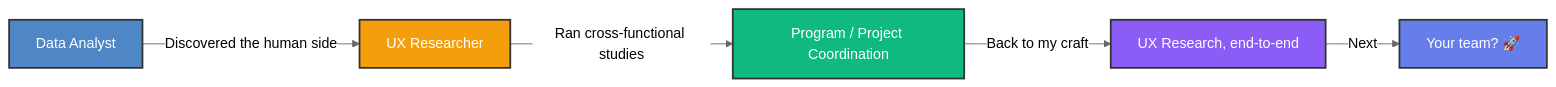
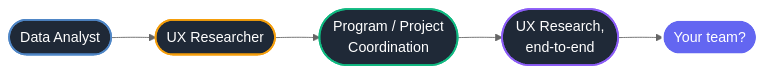
The diagram in README.md (snehaDebBarma/snehaDebbarma), drawn with Mermaid (neutral theme) before and after one commit. The commit also changed other lines of this file, not shown here.

````diff
--- a/README.md
+++ b/README.md
@@ -90,13 +141,13 @@
 ```mermaid
 graph LR
-    A[Data Analyst] -->|Discovered the human side| B[UX Researcher]
-    B -->|Ran cross-functional studies| C[Program / Project Coordination]
-    C -->|Back to my craft| D[UX Research, end-to-end]
-    D -->|Next| E[Your team? 🚀]
+    A([Data Analyst]) --> B([UX Researcher])
+    B --> C([Program / Project<br/>Coordination])
+    C --> D([UX Research,<br/>end-to-end])
+    D --> E([Your team?])
 
-    style A fill:#4F86C6,stroke:#333,stroke-width:2px,color:#fff
-    style B fill:#F59E0B,stroke:#333,stroke-width:2px,color:#fff
-    style C fill:#10B981,stroke:#333,stroke-width:2px,color:#fff
-    style D fill:#8B5CF6,stroke:#333,stroke-width:2px,color:#fff
-    style E fill:#667EEA,stroke:#333,stroke-width:2px,color:#fff
+    style A fill:#1F2937,stroke:#4F86C6,stroke-width:2px,color:#fff
+    style B fill:#1F2937,stroke:#F59E0B,stroke-width:2px,color:#fff
+    style C fill:#1F2937,stroke:#10B981,stroke-width:2px,color:#fff
+    style D fill:#1F2937,stroke:#8B5CF6,stroke-width:2px,color:#fff
+    style E fill:#6366F1,stroke:#fff,stroke-width:2px,color:#fff
 ```
````
